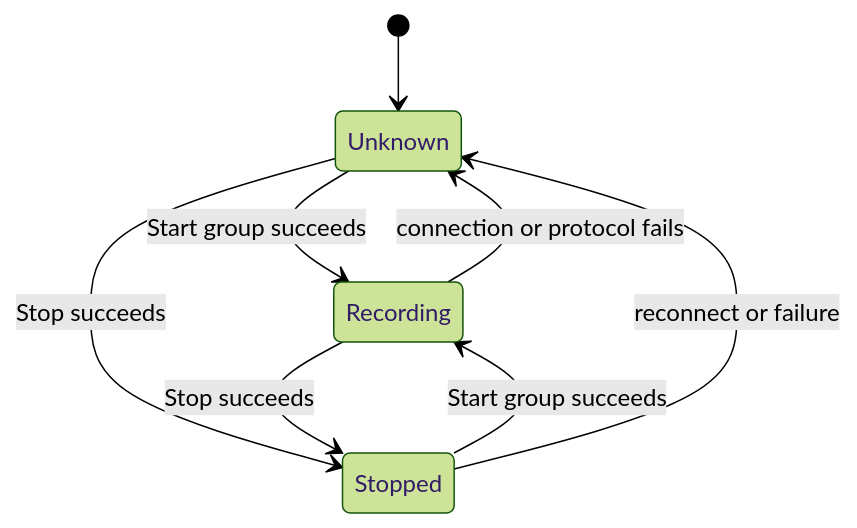
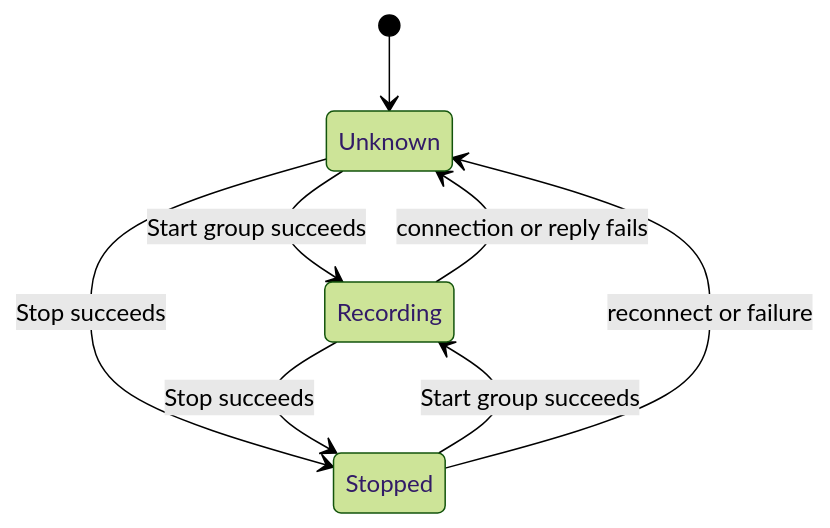
One commit to attackofthetitan/vicon-lsl-sync changed the fourth of 15 diagrams in docs/runtime-state-machines.md. Above: the diagram before and after it, drawn with Mermaid (forest theme). The commit also changed other lines of this file and 59 other files, not shown here.

````diff
--- a/docs/runtime-state-machines.md
+++ b/docs/runtime-state-machines.md
@@ -180,10 +180,10 @@
 ```mermaid
 stateDiagram-v2
     [*] --> Unknown
     Unknown --> Recording: Start group succeeds
     Stopped --> Recording: Start group succeeds
     Unknown --> Stopped: Stop succeeds
     Recording --> Stopped: Stop succeeds
-    Recording --> Unknown: connection or protocol fails
+    Recording --> Unknown: connection or reply fails
     Stopped --> Unknown: reconnect or failure
 ```
````
